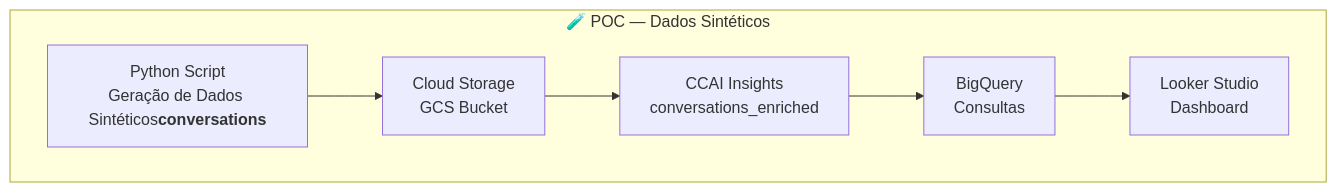
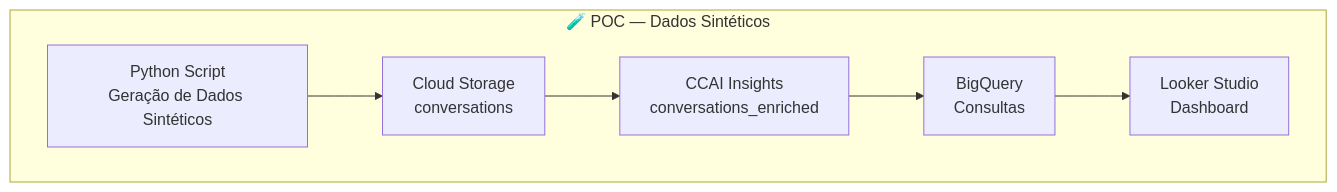
The first of 2 diagrams in README.md (felippemozer/poc-gcp-ccai), drawn with Mermaid before and after one commit. The commit also changed other lines of this file, not shown here.

Commit message:
altera o diagrama

````diff
--- a/README.md
+++ b/README.md
@@ -33,11 +33,11 @@
 ```mermaid
 flowchart TD
 
     subgraph POC["🧪 POC — Dados Sintéticos"]
-        P1[Python Script<br/>Geração de Dados Sintéticos<b>conversations</b>] --> P2[Cloud Storage<br/>GCS Bucket]
+        P1[Python Script<br/>Geração de Dados Sintéticos] --> P2[Cloud Storage<br/>conversations]
         P2 --> P3[CCAI Insights<br/>conversations_enriched]
         P3 --> P4[BigQuery<br/>Consultas]
         P4 --> P5[Looker Studio<br/>Dashboard]
     end
 
 ```
````
